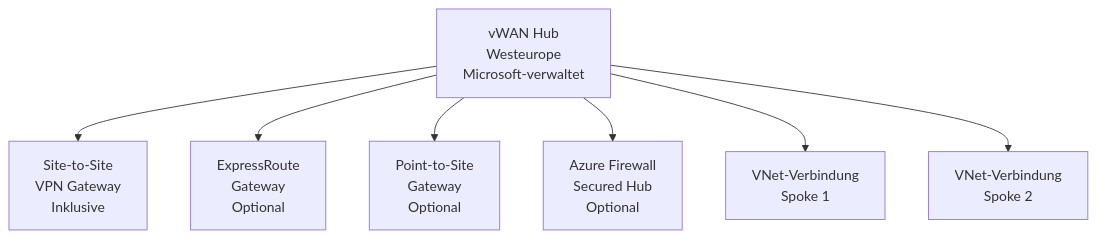
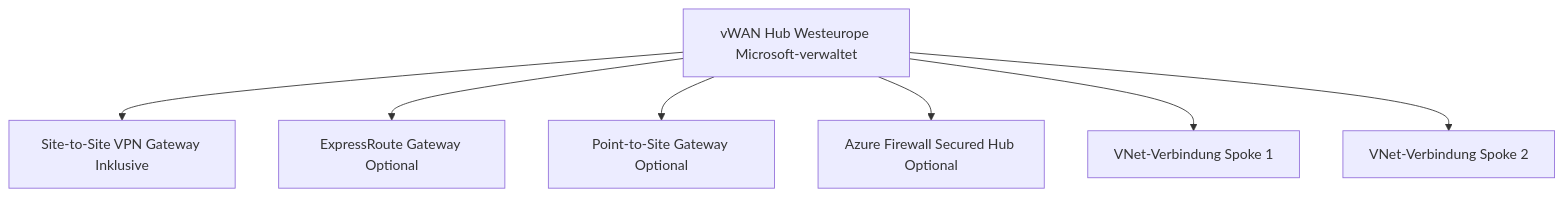
One commit to SoniiiT/notes-n-docs changed the second of 5 diagrams in Microsoft 365/Azure/Netzwerk/Azure Virtual WAN.md. Above: the diagram before and after it, drawn with Mermaid. The commit also changed other lines of this file and 124 other files, not shown here.

First line of the commit message:
fix: Entferne \n aus allen Mermaid-Diagrammen (125 Dateien)

````diff
--- a/Microsoft 365/Azure/Netzwerk/Azure Virtual WAN.md
+++ b/Microsoft 365/Azure/Netzwerk/Azure Virtual WAN.md
@@ -73,9 +73,9 @@
 ```mermaid
 graph TD
-    HUB[vWAN Hub\nWesteurope\nMicrosoft-verwaltet] --> VPN_GW[Site-to-Site\nVPN Gateway\nInklusive]
-    HUB --> ER_GW[ExpressRoute\nGateway\nOptional]
-    HUB --> P2S_GW[Point-to-Site\nGateway\nOptional]
-    HUB --> FW[Azure Firewall\nSecured Hub\nOptional]
-    HUB --> SPOKE1[VNet-Verbindung\nSpoke 1]
-    HUB --> SPOKE2[VNet-Verbindung\nSpoke 2]
+    HUB[vWAN Hub Westeurope Microsoft-verwaltet] --> VPN_GW[Site-to-Site VPN Gateway Inklusive]
+    HUB --> ER_GW[ExpressRoute Gateway Optional]
+    HUB --> P2S_GW[Point-to-Site Gateway Optional]
+    HUB --> FW[Azure Firewall Secured Hub Optional]
+    HUB --> SPOKE1[VNet-Verbindung Spoke 1]
+    HUB --> SPOKE2[VNet-Verbindung Spoke 2]
 ```
````
